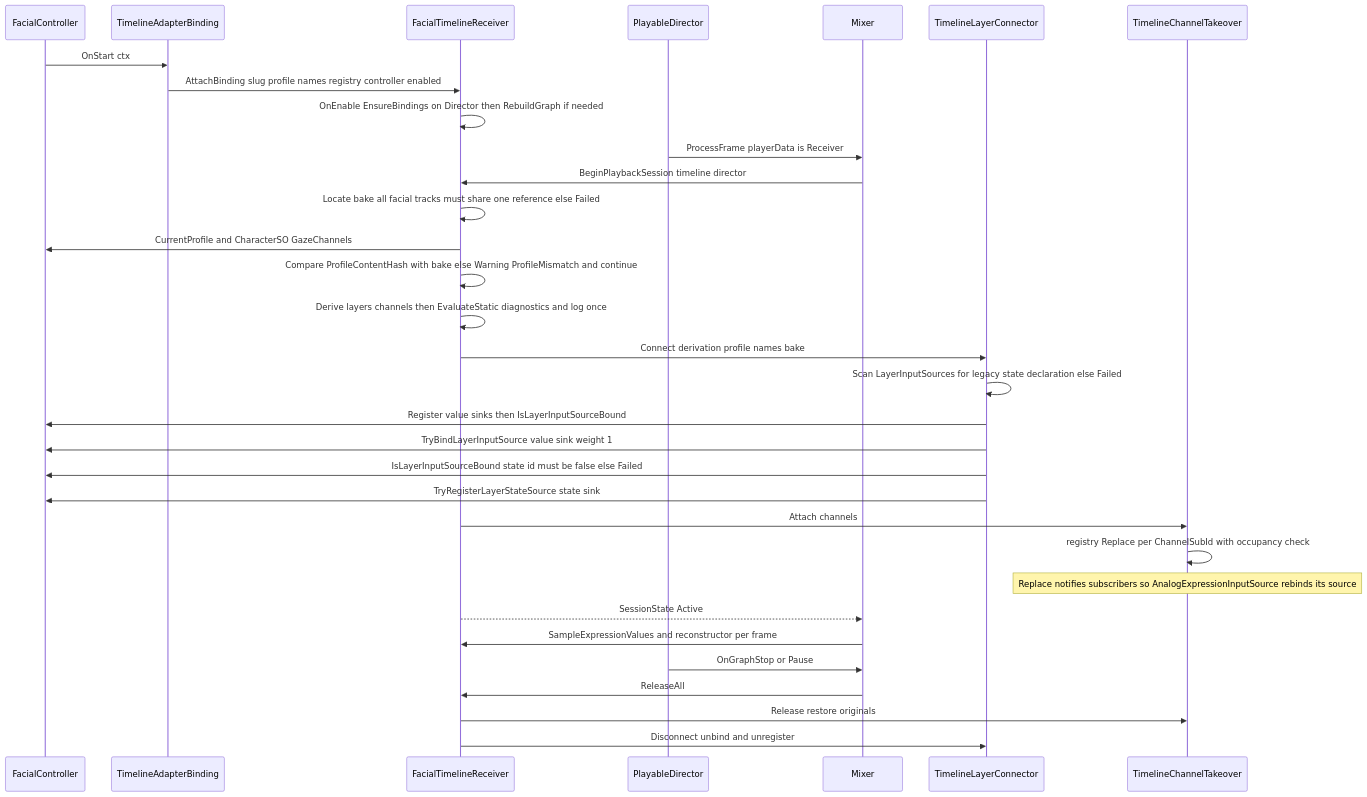
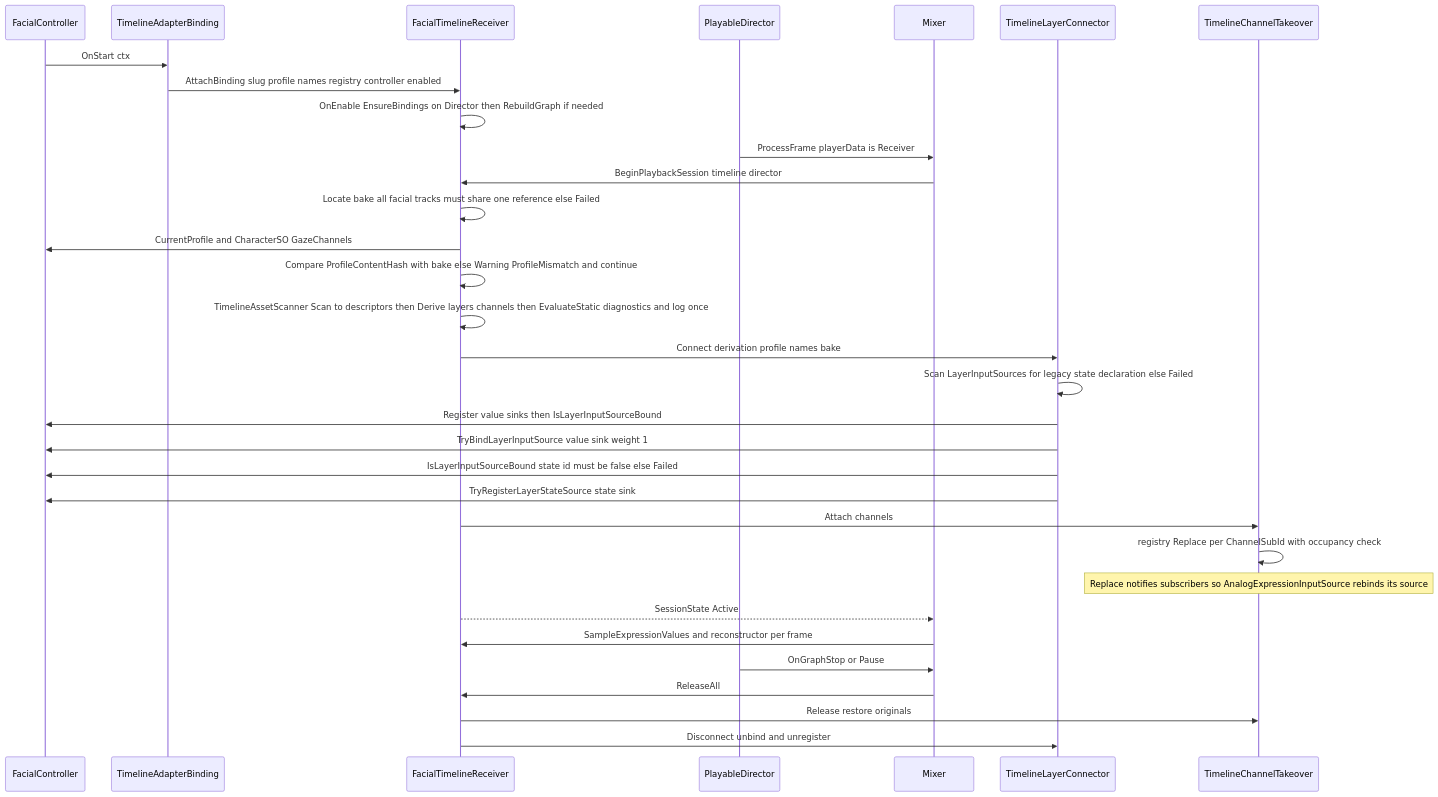
Before and after one commit to Hidano-Dev/FacialControl: the second of 5 diagrams in .kiro/specs/timeline-playback-ux/design.md, drawn with Mermaid. The commit also changed other lines of this file and 3 other files, not shown here.

First line of the commit message:
timeline-playback-ux の design に validate-design 3 回目の指摘を反映し Gate B を記録 (HID-144)

````diff
--- a/.kiro/specs/timeline-playback-ux/design.md
+++ b/.kiro/specs/timeline-playback-ux/design.md
@@ -322,35 +352,35 @@
 ```mermaid
 sequenceDiagram
     participant FC as FacialController
     participant B as TimelineAdapterBinding
     participant R as FacialTimelineReceiver
     participant D as PlayableDirector
     participant M as Mixer
     participant C as TimelineLayerConnector
     participant T as TimelineChannelTakeover
 
     FC->>B: OnStart ctx
     B->>R: AttachBinding slug profile names registry controller enabled
     R->>R: OnEnable EnsureBindings on Director then RebuildGraph if needed
     D->>M: ProcessFrame playerData is Receiver
     M->>R: BeginPlaybackSession timeline director
     R->>R: Locate bake all facial tracks must share one reference else Failed
     R->>FC: CurrentProfile and CharacterSO GazeChannels
     R->>R: Compare ProfileContentHash with bake else Warning ProfileMismatch and continue
-    R->>R: Derive layers channels then EvaluateStatic diagnostics and log once
+    R->>R: TimelineAssetScanner Scan to descriptors then Derive layers channels then EvaluateStatic diagnostics and log once
     R->>C: Connect derivation profile names bake
     C->>C: Scan LayerInputSources for legacy state declaration else Failed
     C->>FC: Register value sinks then IsLayerInputSourceBound
     C->>FC: TryBindLayerInputSource value sink weight 1
     C->>FC: IsLayerInputSourceBound state id must be false else Failed
     C->>FC: TryRegisterLayerStateSource state sink
     R->>T: Attach channels
     T->>T: registry Replace per ChannelSubId with occupancy check
     Note over T: Replace notifies subscribers so AnalogExpressionInputSource rebinds its source
     R-->>M: SessionState Active
     M->>R: SampleExpressionValues and reconstructor per frame
     D->>M: OnGraphStop or Pause
     M->>R: ReleaseAll
     R->>T: Release restore originals
     R->>C: Disconnect unbind and unregister
 ```
````
